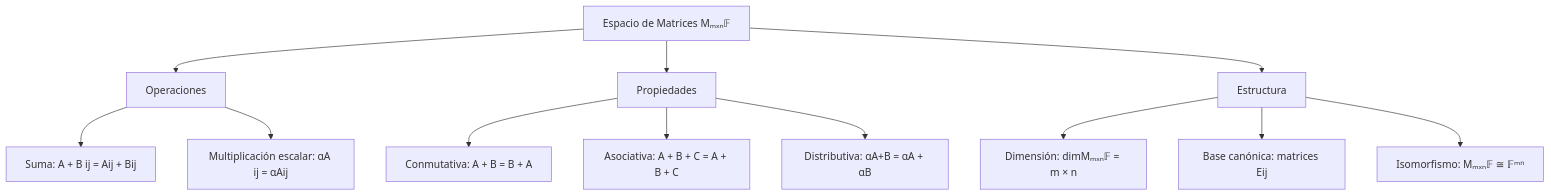
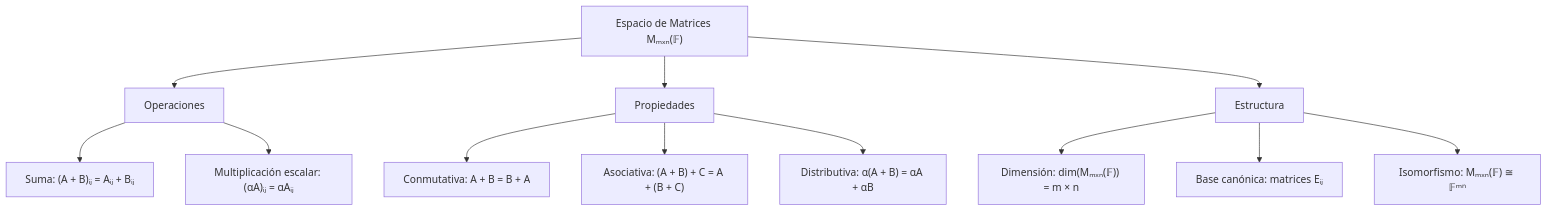
The first of 2 diagrams in public/documents/semester-3/1/3121.md (djaimej/computer-science-template), drawn with Mermaid before and after one commit. The commit also changed other lines of this file and 34 other files, not shown here.

````diff
--- a/public/documents/semester-3/1/3121.md
+++ b/public/documents/semester-3/1/3121.md
@@ -26,21 +26,21 @@
 ```mermaid
 flowchart TD
-    A[Espacio de Matrices Mₘₓₙ𝔽] --> B[Operaciones]
+    A["Espacio de Matrices Mₘₓₙ(𝔽)"] --> B[Operaciones]
     A --> C[Propiedades]
     A --> D[Estructura]
 
-    B --> E[Suma: A + B ij = Aij + Bij]
-    B --> F[Multiplicación escalar: αA ij = αAij]
+    B --> E["Suma: (A + B)ᵢⱼ = Aᵢⱼ + Bᵢⱼ"]
+    B --> F["Multiplicación escalar: (αA)ᵢⱼ = αAᵢⱼ"]
 
     C --> G[Conmutativa: A + B = B + A]
-    C --> H[Asociativa: A + B + C = A + B + C]
-    C --> I[Distributiva: αA+B = αA + αB]
+    C --> H["Asociativa: (A + B) + C = A + (B + C)"]
+    C --> I["Distributiva: α(A + B) = αA + αB"]
 
-    D --> J[Dimensión: dimMₘₓₙ𝔽 = m × n]
-    D --> K[Base canónica: matrices Eij]
-    D --> L[Isomorfismo: Mₘₓₙ𝔽 ≅ 𝔽ᵐⁿ]
+    D --> J["Dimensión: dim(Mₘₓₙ(𝔽)) = m × n"]
+    D --> K[Base canónica: matrices Eᵢⱼ]
+    D --> L["Isomorfismo: Mₘₓₙ(𝔽) ≅ 𝔽ᵐⁿ"]
 
     E:::dandelion
     F:::inchworm
     J:::green
 ```
````
